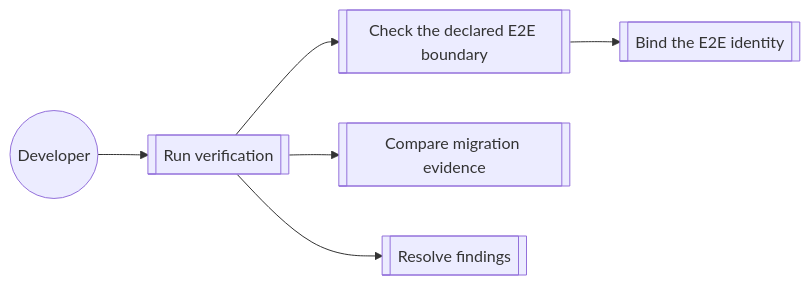
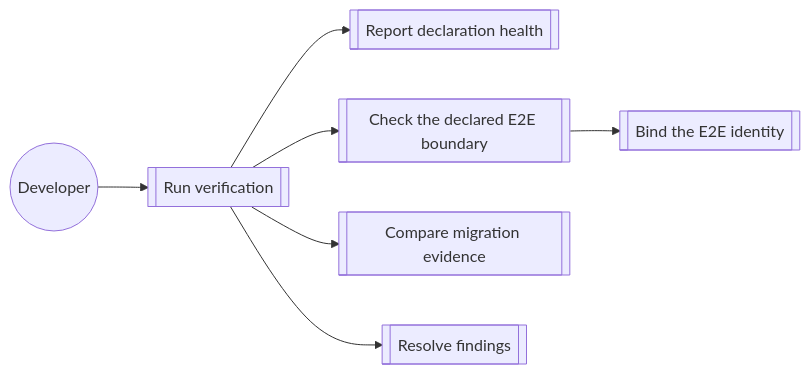
One commit to buster/givn changed the diagram in givn/changes/enforce-ise-e2e-boundary/specs/verify-change/usecase.md. Above: the diagram before and after it, drawn with Mermaid. The commit also changed other lines of this file, not shown here.

````diff
--- a/givn/changes/enforce-ise-e2e-boundary/specs/verify-change/usecase.md
+++ b/givn/changes/enforce-ise-e2e-boundary/specs/verify-change/usecase.md
@@ -208,8 +208,9 @@
 ```mermaid
 flowchart LR
   Developer((Developer)) --> Check[[Run verification]]
+  Check --> Health[[Report declaration health]]
   Check --> Boundary[[Check the declared E2E boundary]]
   Check --> Migration[[Compare migration evidence]]
   Check --> Findings[[Resolve findings]]
   Boundary --> Receipt[[Bind the E2E identity]]
 ```
````
